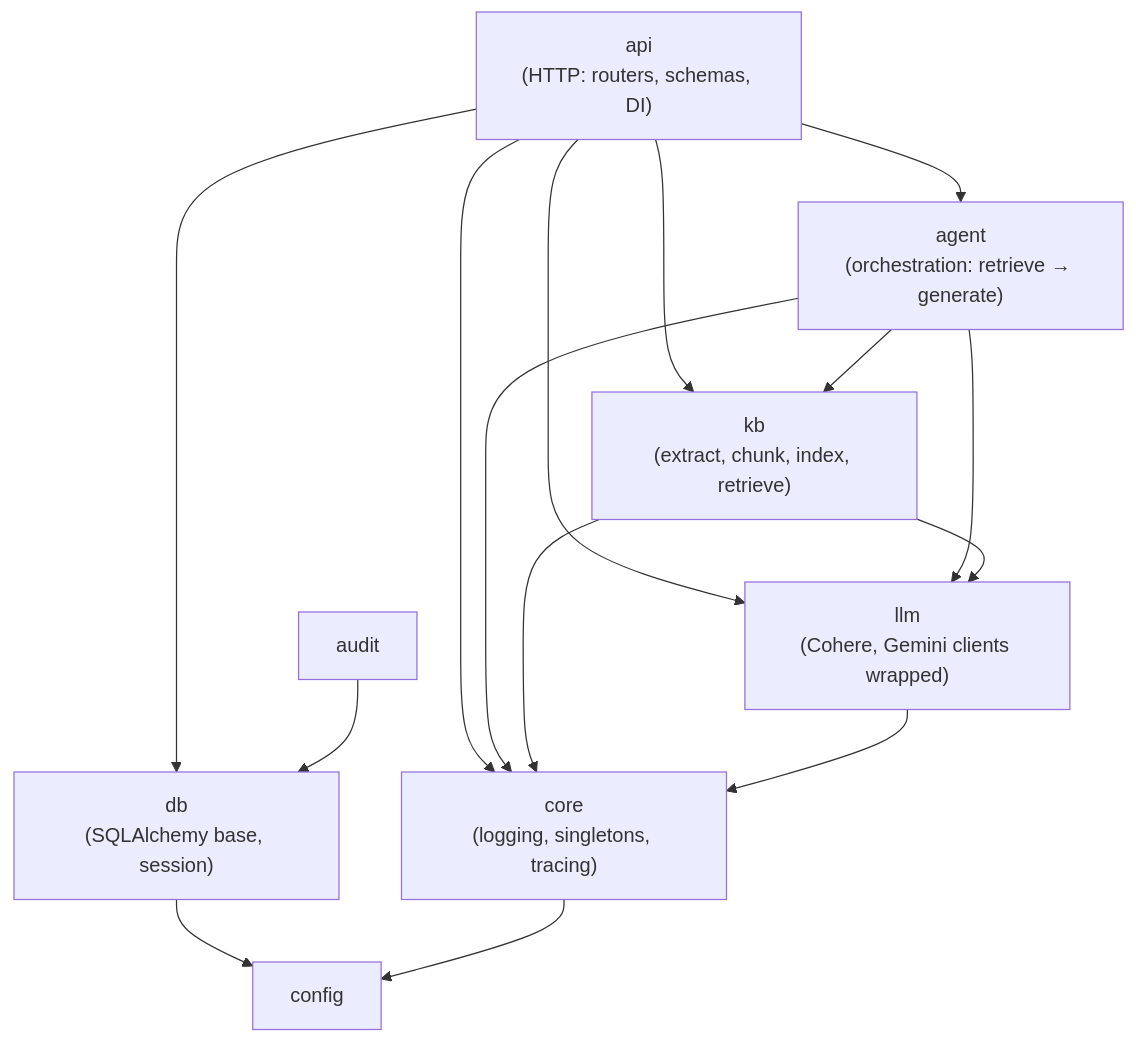
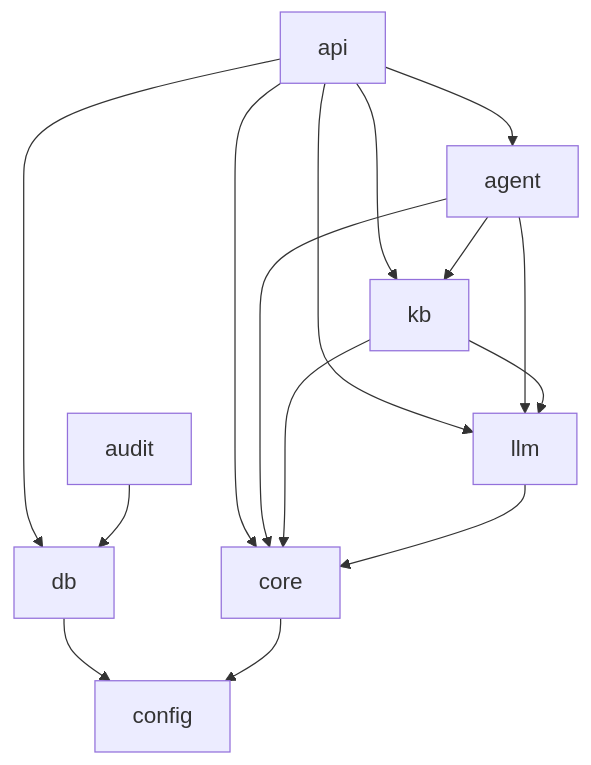
One commit to Ziadashraf301/TeleCopilot-AI changed the first of 5 diagrams in docs/design/M0-foundation.md. Above: the diagram before and after it, drawn with Mermaid. The commit also changed other lines of this file and 2 other files, not shown here.

Commit message:
S01-09: Readable M0 diagrams, design-pack diagram rules, S02-05 housekeeping ticket, Arabic learning guide

````diff
--- a/docs/design/M0-foundation.md
+++ b/docs/design/M0-foundation.md
@@ -99,25 +95,18 @@
 ```mermaid
+%%{init: {"themeVariables": {"fontSize": "18px"}}}%%
 flowchart TB
-  api["api<br/>(HTTP: routers, schemas, DI)"]
-  agent["agent<br/>(orchestration: retrieve → generate)"]
-  kb["kb<br/>(extract, chunk, index, retrieve)"]
-  llm["llm<br/>(Cohere, Gemini clients wrapped)"]
-  audit["audit"]
-  db["db<br/>(SQLAlchemy base, session)"]
-  core["core<br/>(logging, singletons, tracing)"]
-  config["config"]
-  api --> agent
+  api["api"] --> agent["agent"]
   api --> kb
   api --> llm
+  api --> db
   api --> core
-  api --> db
-  agent --> kb
+  agent --> kb["kb"]
   agent --> llm
-  kb --> llm
-  audit --> db
   agent --> core
+  kb --> llm["llm"]
   kb --> core
-  llm --> core
-  db --> config
+  llm --> core["core"]
+  audit["audit"] --> db["db"]
+  db --> config["config"]
   core --> config
 ```
````
